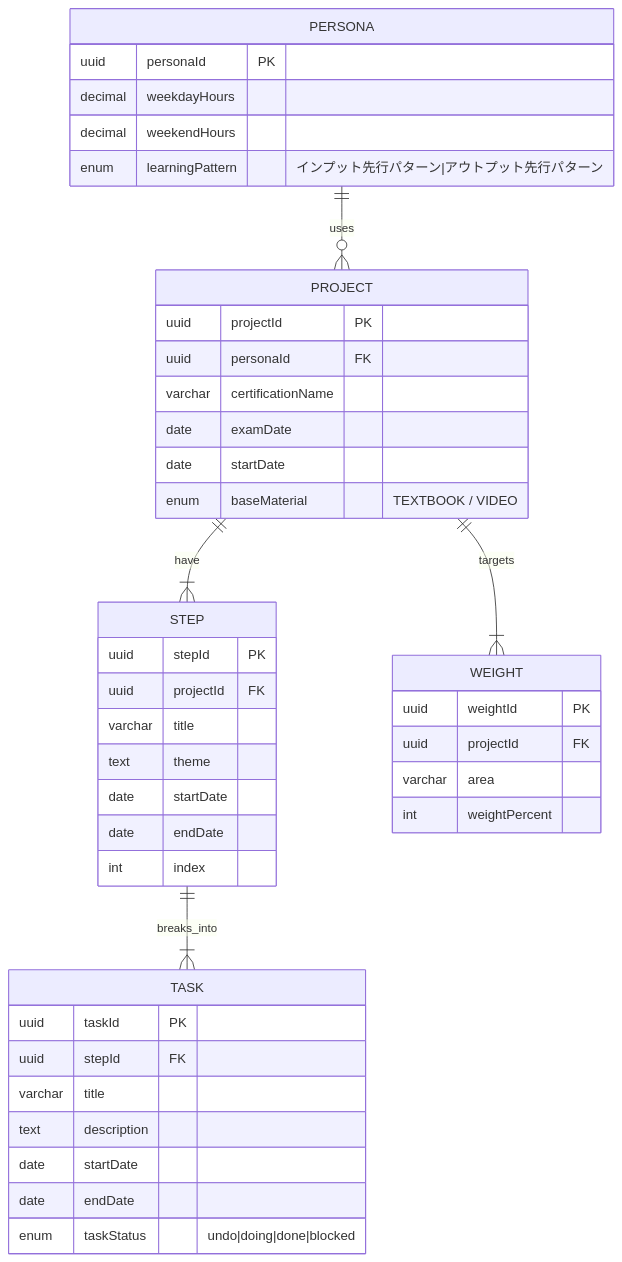
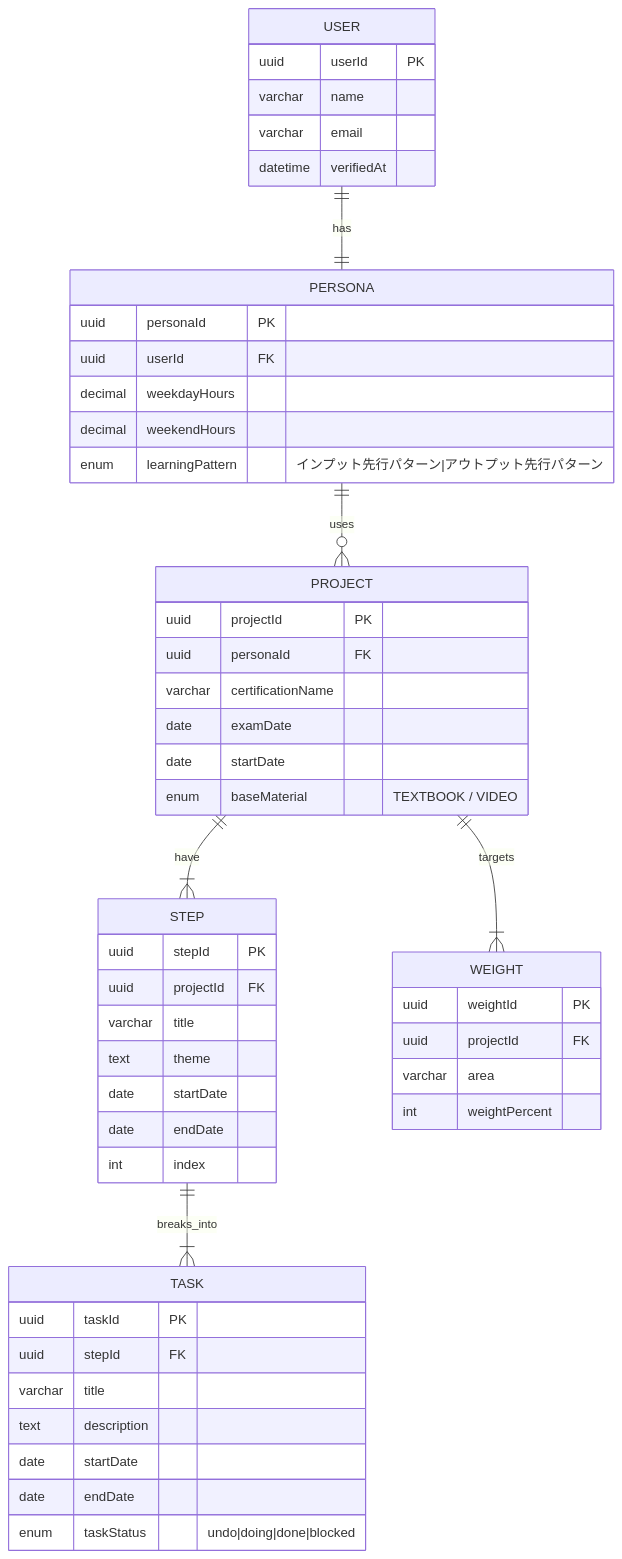
Before and after one commit to study-basic-hackathon/lazy-bear: the diagram in docs/設計/erDiagram.md, drawn with Mermaid.

Commit message:
認証機能実装によるユーザテーブルの追加

````diff
--- a/docs/設計/erDiagram.md
+++ b/docs/設計/erDiagram.md
@@ -3,50 +3,59 @@
 ```mermaid
 erDiagram
     PROJECT ||--|{ STEP : have
     STEP ||--|{ TASK : breaks_into
     PERSONA ||--o{ PROJECT : uses
+    USER ||--|| PERSONA : has
     PROJECT ||--|{ WEIGHT : targets
+
+    USER {
+        uuid userId PK
+        varchar name
+        varchar email
+        datetime verifiedAt
+    }
+
+    PERSONA {
+        uuid personaId PK
+        uuid userId FK
+        decimal weekdayHours
+        decimal weekendHours
+        enum learningPattern "インプット先行パターン|アウトプット先行パターン"
+    }
 
     PROJECT {
         uuid projectId PK
         uuid personaId FK
         varchar certificationName
         date examDate
         date startDate
         enum baseMaterial "TEXTBOOK / VIDEO"
     }
 
     STEP {
         uuid stepId PK
         uuid projectId FK
         varchar title
         text theme
         date startDate
         date endDate
         int index
     }
 
     TASK {
         uuid taskId PK
         uuid stepId FK
         varchar title
         text description
         date startDate
         date endDate
         enum taskStatus "undo|doing|done|blocked"
     }
 
-    PERSONA {
-        uuid personaId PK
-        decimal weekdayHours
-        decimal weekendHours
-        enum learningPattern "インプット先行パターン|アウトプット先行パターン"
-    }
-
     WEIGHT {
         uuid weightId PK
         uuid projectId FK
         varchar area
         int weightPercent
     }
 ```
````
